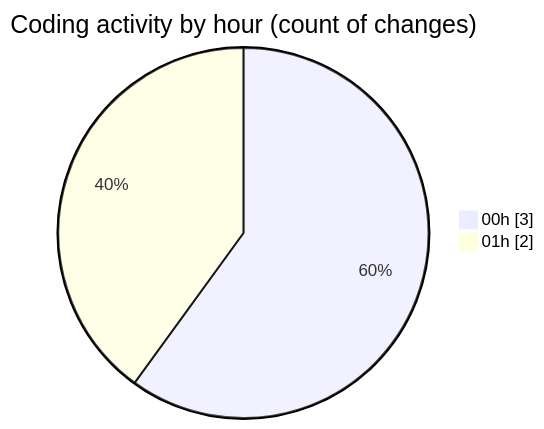
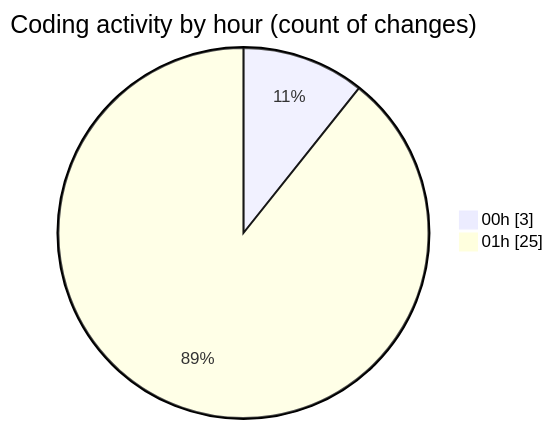
The second of 2 diagrams in 2025-09-05/hiai-phf/README.md (lephambinh05/code-tracking), drawn with Mermaid before and after one commit. The commit also changed other lines of this file and 1 other file, not shown here.

````diff
--- a/2025-09-05/hiai-phf/README.md
+++ b/2025-09-05/hiai-phf/README.md
@@ -29,6 +39,6 @@
 ```mermaid
 pie showData
 title Coding activity by hour (count of changes)
 "00h" : 3
-"01h" : 2
+"01h" : 25
 ```
````
